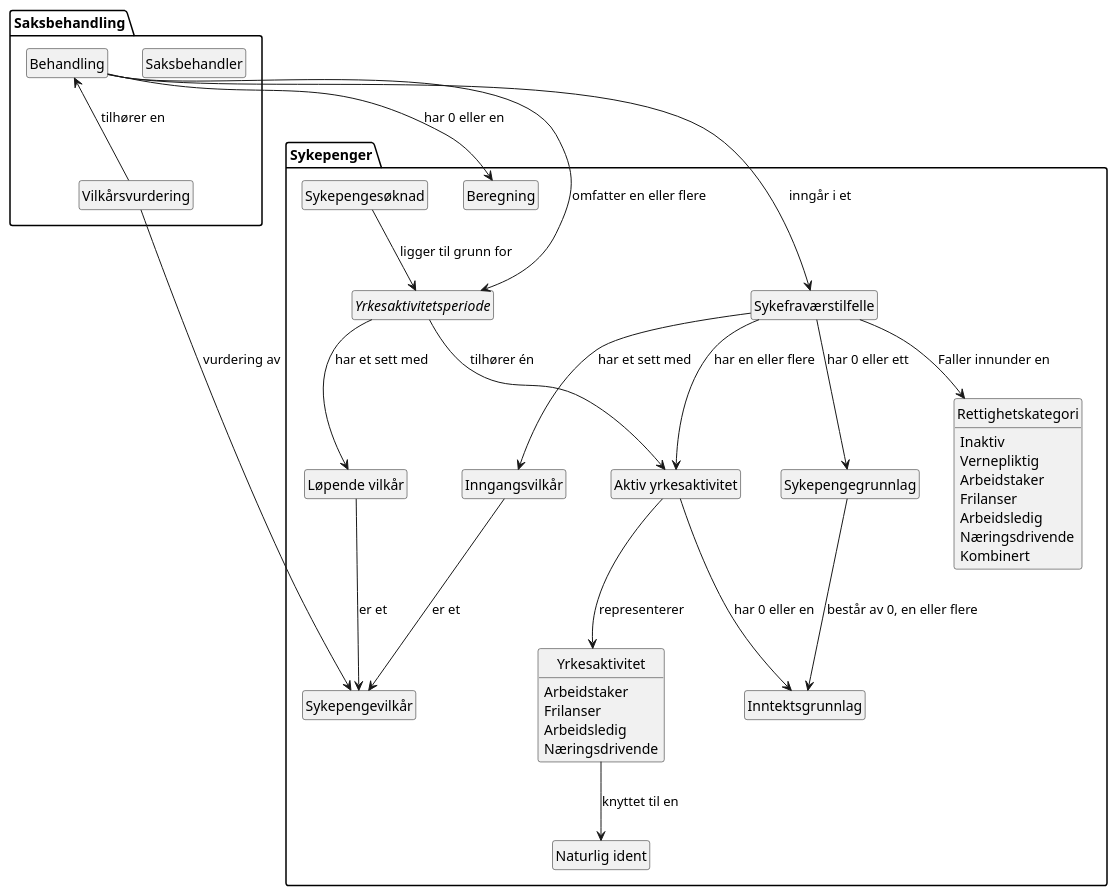
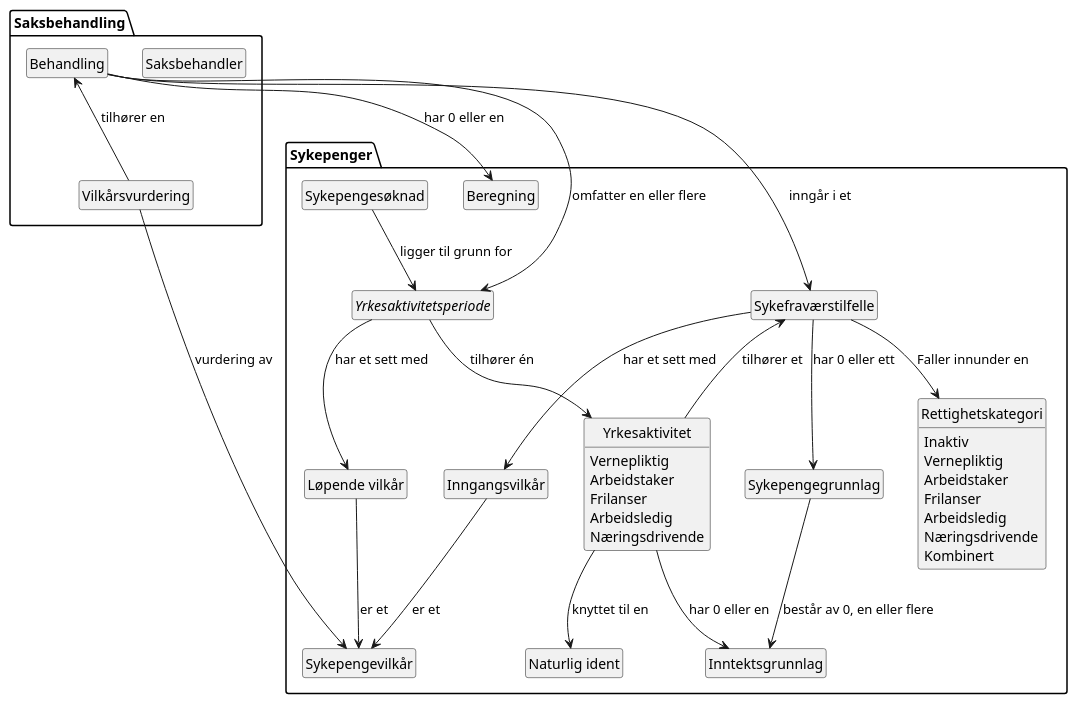
Before and after one commit to navikt/helse-bakrommet: the diagram in docs/domenemodell.puml, drawn with PlantUML.

Commit message:
📝 Vi tror at vernepliktig likevel er en yrkesaktivitet
Som vernepliktig er det ikke sikkert du er ansatt noe sted, og da
anser vi den eneste yrkesaktiviteten din som vernepliktig

* Tar bort AktivYrkesaktivitet, vi tror kanskje ikke dette leddet er nødvendig

```diff
--- a/docs/domenemodell.puml
+++ b/docs/domenemodell.puml
@@ -1,75 +1,73 @@
 @startuml
 
 package Sykepenger {
     class Sykefraværstilfelle
 
     class Sykepengegrunnlag
 
     class Beregning
 
     interface Yrkesaktivitetsperiode
 
-    class AktivYrkesaktivitet as "Aktiv yrkesaktivitet"
-
     class NaturligIdent as "Naturlig ident"
 
     class Yrkesaktivitet {
+        Vernepliktig
         Arbeidstaker
         Frilanser
         Arbeidsledig
         Næringsdrivende
     }
 
     class Rettighetskategori {
         Inaktiv
         Vernepliktig
         Arbeidstaker
         Frilanser
         Arbeidsledig
         Næringsdrivende
         Kombinert
     }
 
     class Inntektsgrunnlag
 
     class Sykepengevilkår
     class Inngangsvilkår
     class LøpendeVilkår as "Løpende vilkår"
 
     class Sykepengesøknad
 }
 
 package Saksbehandling {
     class Saksbehandler
 
     class Behandling
 
     class Vilkårsvurdering
 }
 
 
 Behandling --> Yrkesaktivitetsperiode: omfatter en eller flere
 Behandling --> Sykefraværstilfelle: inngår i et
 Sykefraværstilfelle --> Sykepengegrunnlag: har 0 eller ett
 Sykepengegrunnlag --> Inntektsgrunnlag: består av 0, en eller flere
-AktivYrkesaktivitet --> Inntektsgrunnlag: har 0 eller en
+Yrkesaktivitet --> Inntektsgrunnlag: har 0 eller en
 Yrkesaktivitet --> NaturligIdent: knyttet til en
-AktivYrkesaktivitet --> Yrkesaktivitet: representerer
-Sykefraværstilfelle --> AktivYrkesaktivitet: har en eller flere
+Sykefraværstilfelle <-- Yrkesaktivitet: tilhører et
 Sykefraværstilfelle --> Rettighetskategori: Faller innunder en
 Sykefraværstilfelle --> Inngangsvilkår: har et sett med
 Yrkesaktivitetsperiode --> LøpendeVilkår: har et sett med
 
 Behandling <-- Vilkårsvurdering: tilhører en
-Yrkesaktivitetsperiode --> AktivYrkesaktivitet: tilhører én
+Yrkesaktivitetsperiode --> Yrkesaktivitet: tilhører én
 Sykepengesøknad --> Yrkesaktivitetsperiode: ligger til grunn for
 Behandling --> Beregning: har 0 eller en
 'Rettighetskategori --> Sykepengevilkår: har et sett med
 Vilkårsvurdering --> Sykepengevilkår: vurdering av
 Inngangsvilkår --> Sykepengevilkår: er et
 LøpendeVilkår --> Sykepengevilkår: er et
 
 hide empty members
 hide circle
 
 @enduml
```
